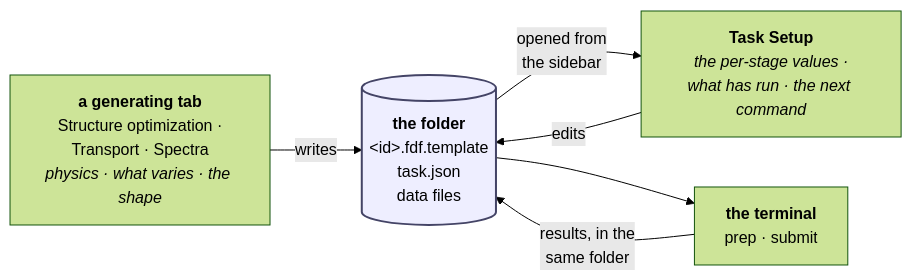
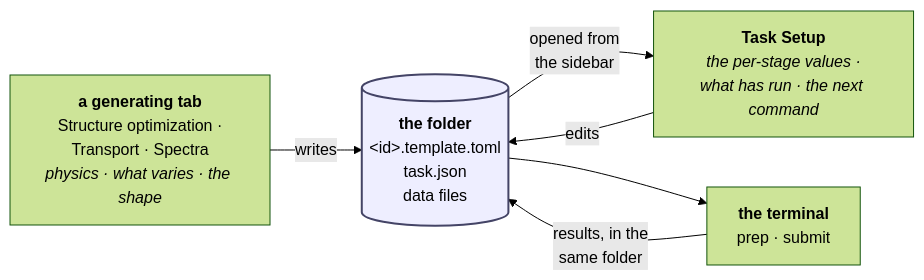
One commit to Qing-LAB/molbuilder changed the diagram in docs/web/task-setup-plan.md. Above: the diagram before and after it, drawn with Mermaid (forest theme). The commit also changed other lines of this file and 16 other files, not shown here.

First line of the commit message:
docs(template): the template gets its own contract, in engines/, and stops being an .fdf

````diff
--- a/docs/web/task-setup-plan.md
+++ b/docs/web/task-setup-plan.md
@@ -48,13 +48,13 @@
 ```mermaid
 flowchart LR
     T1["<b>a generating tab</b><br/>Structure optimization ·<br/>Transport · Spectra<br/><i>physics · what varies · the shape</i>"]
-    F[("<b>the folder</b><br/>&lt;id&gt;.fdf.template<br/>task.json<br/>data files")]
+    F[("<b>the folder</b><br/>&lt;id&gt;.template.toml<br/>task.json<br/>data files")]
     T2["<b>Task Setup</b><br/><i>the per-stage values ·<br/>what has run · the next command</i>"]
     CLI["<b>the terminal</b><br/>prep · submit"]
     T1 -->|writes| F
     F -->|"opened from<br/>the sidebar"| T2
     T2 -->|edits| F
     F --> CLI
     CLI -->|"results, in the<br/>same folder"| F
     style F fill:#eef,stroke:#446,stroke-width:2px
 ```
````
